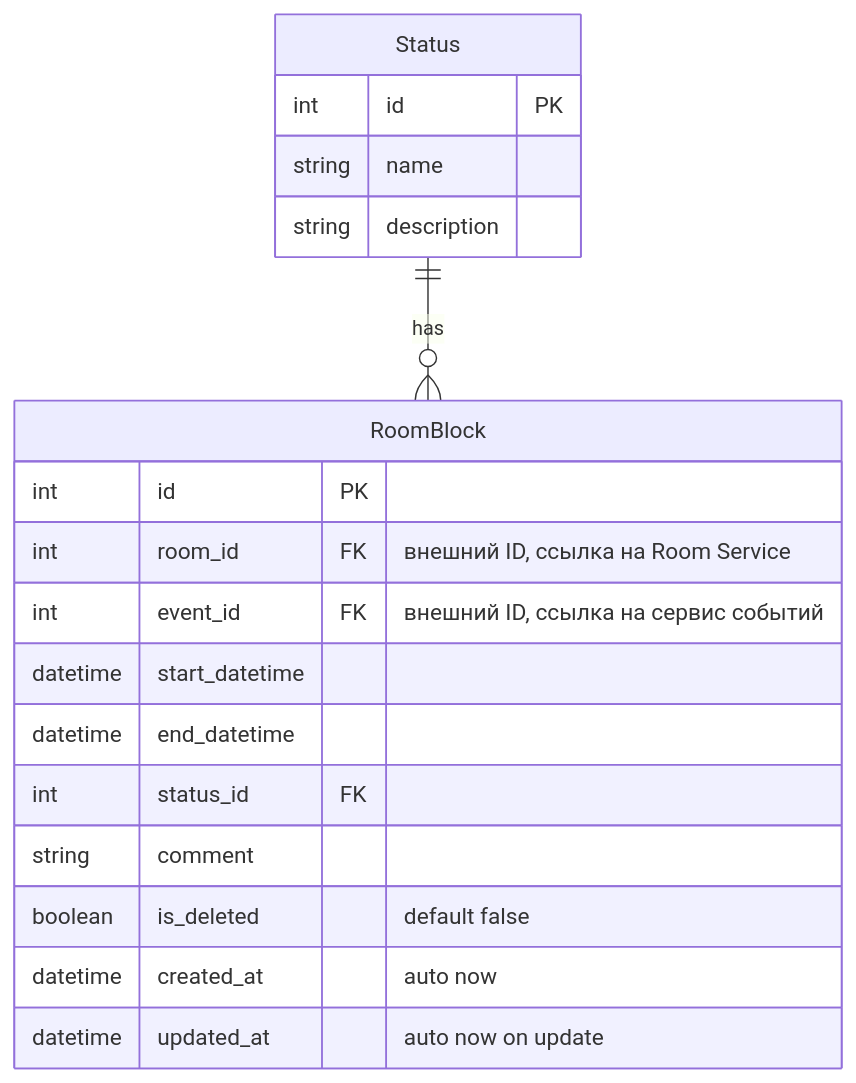
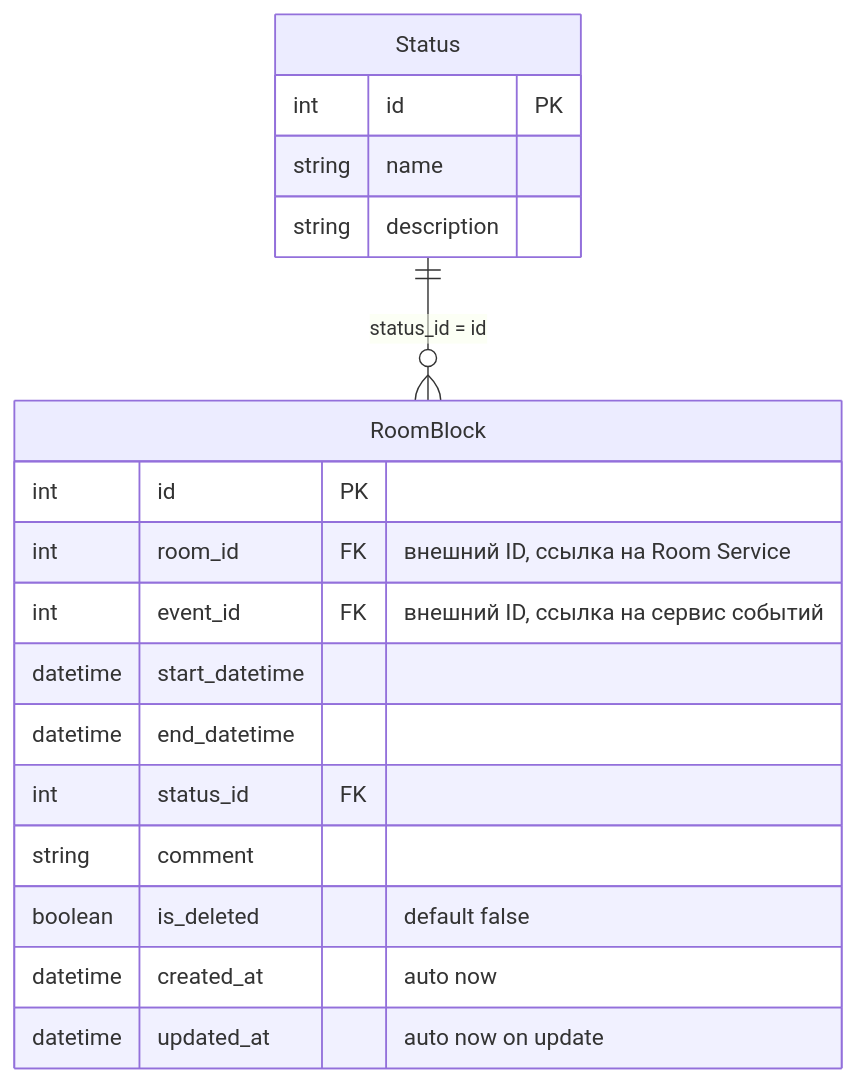
The diagram in S24/doc.md (super122gg/KPK_UP2_23-1P9), drawn with Mermaid before and after one commit. The commit also changed other lines of this file, not shown here.

````diff
--- a/S24/doc.md
+++ b/S24/doc.md
@@ -8,21 +8,21 @@
 ```mermaid
 erDiagram
     Status {
         int id PK
         string name
         string description
     }
     RoomBlock {
         int id PK
         int room_id FK "внешний ID, ссылка на Room Service"
         int event_id FK "внешний ID, ссылка на сервис событий"
         datetime start_datetime
         datetime end_datetime
         int status_id FK
         string comment
         boolean is_deleted "default false"
         datetime created_at "auto now"
         datetime updated_at "auto now on update"
     }
-    Status ||--o{ RoomBlock : has
+    Status ||--o{ RoomBlock : "status_id = id"
 ```
````
